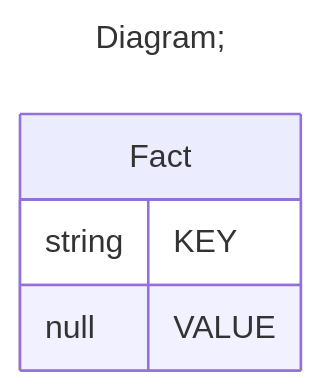
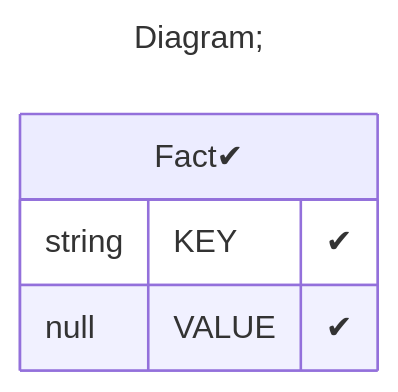
One commit to xmla-services/workground changed the third of 3 diagrams in demo/server/catalogs/tutorial_01-04-03_Cube_Measure_MeasureDatatypes/README.MD. Above: the diagram before and after it, drawn with Mermaid. The commit also changed 44 other files, not shown here.

Commit message:
tutorials. add flags (positive, negative) in database diagram Signed-off-by: dbulahov <bulahovdenis@gmail.com>

````diff
--- a/demo/server/catalogs/tutorial_01-04-03_Cube_Measure_MeasureDatatypes/README.MD
+++ b/demo/server/catalogs/tutorial_01-04-03_Cube_Measure_MeasureDatatypes/README.MD
@@ -74,11 +74,11 @@
 ```mermaid
 ---
 title: Diagram;
 ---
 erDiagram
-Fact{
-string KEY
-null VALUE
+"Fact✔"{
+string KEY "✔"
+null VALUE "✔"
 }
 
 ```
````
